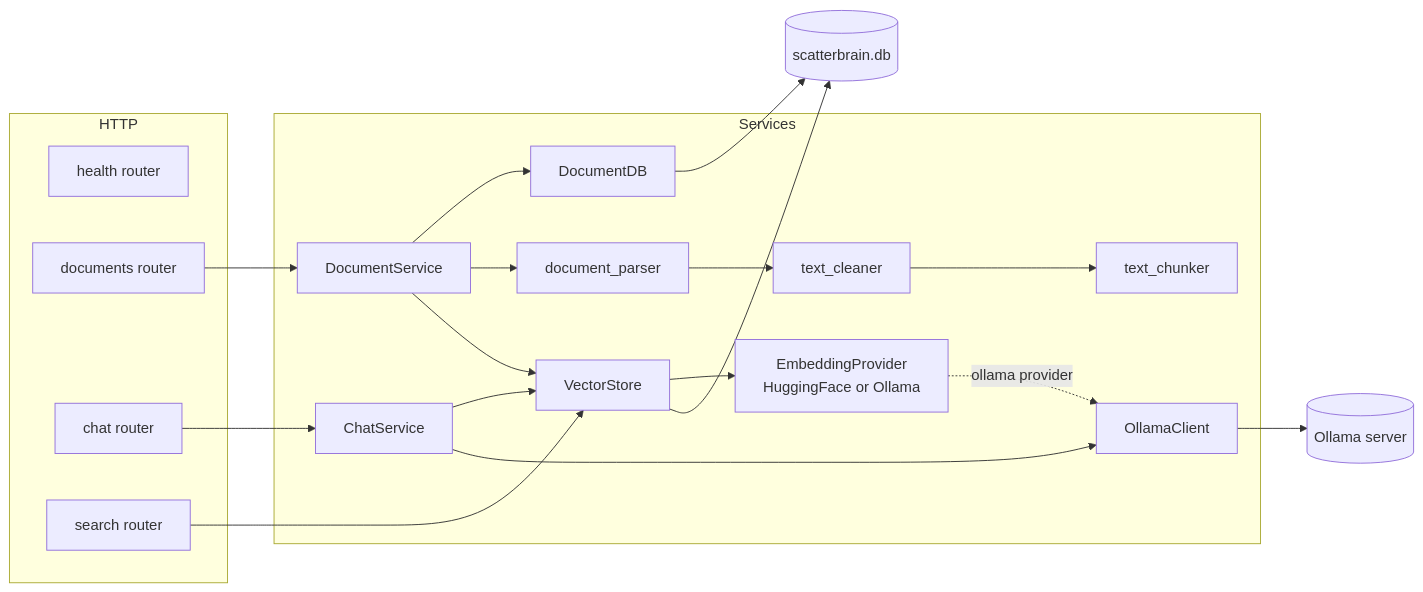
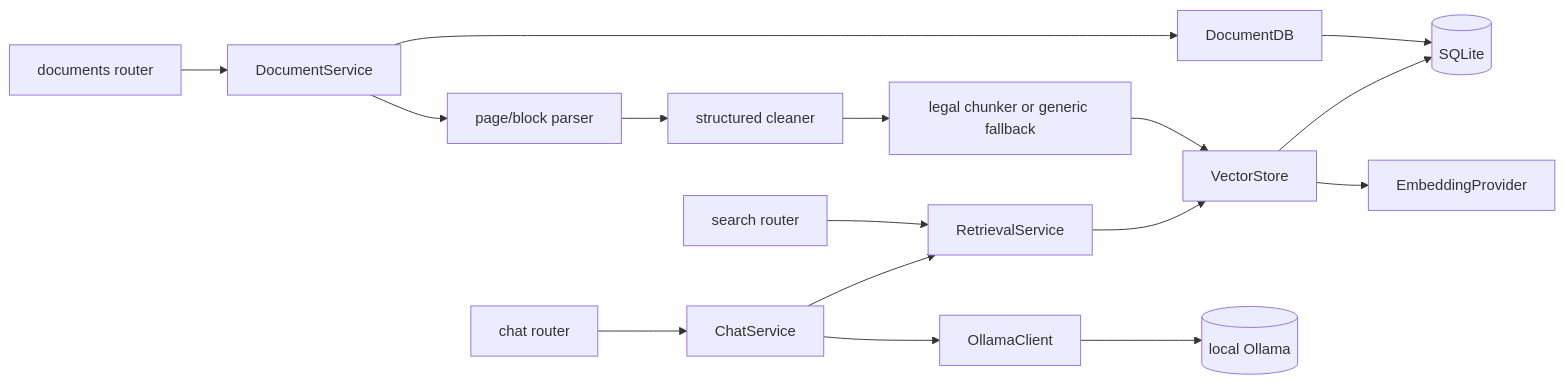
Before and after one commit to VicariousVision/scatterbrain: the diagram in docs/README.md, drawn with Mermaid. The commit also changed other lines of this file and 66 other files, not shown here.

First line of the commit message:
feat: page-aware hierarchy-aware legal parent/child chunking for the Currency and Exchanges Manual for Authorised Dealers

````diff
--- a/docs/README.md
+++ b/docs/README.md
@@ -18,35 +19,18 @@
 ```mermaid
 flowchart LR
-    subgraph HTTP
-        H[health router]
-        D[documents router]
-        C[chat router]
-        S[search router]
-    end
-
-    subgraph Services
-        DS[DocumentService]
-        DB[DocumentDB]
-        P[document_parser]
-        CL[text_cleaner]
-        CH[text_chunker]
-        VS[VectorStore]
-        EP[EmbeddingProvider<br/>HuggingFace or Ollama]
-        CS[ChatService]
-        OC[OllamaClient]
-    end
-
-    D --> DS
-    C --> CS
-    S --> VS
-    DS --> DB
-    DS --> P --> CL --> CH
-    DS --> VS
-    CS --> VS
-    CS --> OC
-    VS --> EP
-    EP -. ollama provider .-> OC
-    DB --> SQL[(scatterbrain.db)]
+    D[documents router] --> DS[DocumentService]
+    C[chat router] --> CS[ChatService]
+    S[search router] --> RS[RetrievalService]
+    DS --> P[page/block parser]
+    P --> CL[structured cleaner]
+    CL --> LC[legal chunker or generic fallback]
+    LC --> VS[VectorStore]
+    DS --> DB[DocumentDB]
+    CS --> RS
+    RS --> VS
+    CS --> OC[OllamaClient]
+    VS --> EP[EmbeddingProvider]
+    DB --> SQL[(SQLite)]
     VS --> SQL
-    OC --> OL[(Ollama server)]
+    OC --> OL[(local Ollama)]
 ```
````
